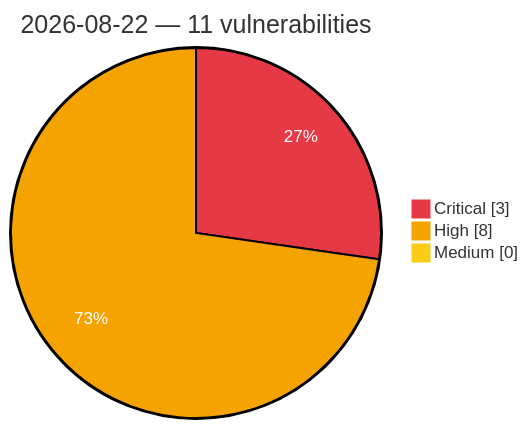
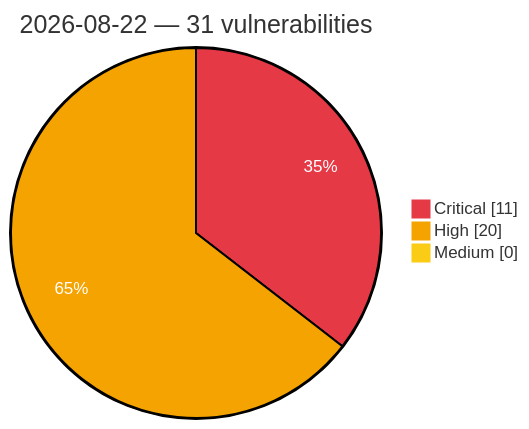
Before and after one commit to GhostX0X/vuln-tracker: the diagram in vulnerabilities/2026/August/2026-08-22.md, drawn with Mermaid. The commit also changed other lines of this file and 5 other files, not shown here.

Commit message:
Auto update: critical/high vulns (2026-08-22 16:20 UTC)

````diff
--- a/vulnerabilities/2026/August/2026-08-22.md
+++ b/vulnerabilities/2026/August/2026-08-22.md
@@ -3,8 +3,8 @@
 ```mermaid
 %%{init: {'theme':'base', 'themeVariables': {'pie1':'#e63946', 'pie2':'#f4a300', 'pie3':'#facc15', 'pieOpacity':'1', 'pieOuterStrokeWidth':'2px', 'pieSectionTextColor':'#ffffff'}}}%%
 pie showData
-    title 2026-08-22 — 11 vulnerabilities
-    "Critical" : 3
-    "High" : 8
+    title 2026-08-22 — 31 vulnerabilities
+    "Critical" : 11
+    "High" : 20
     "Medium" : 0
 ```
````
